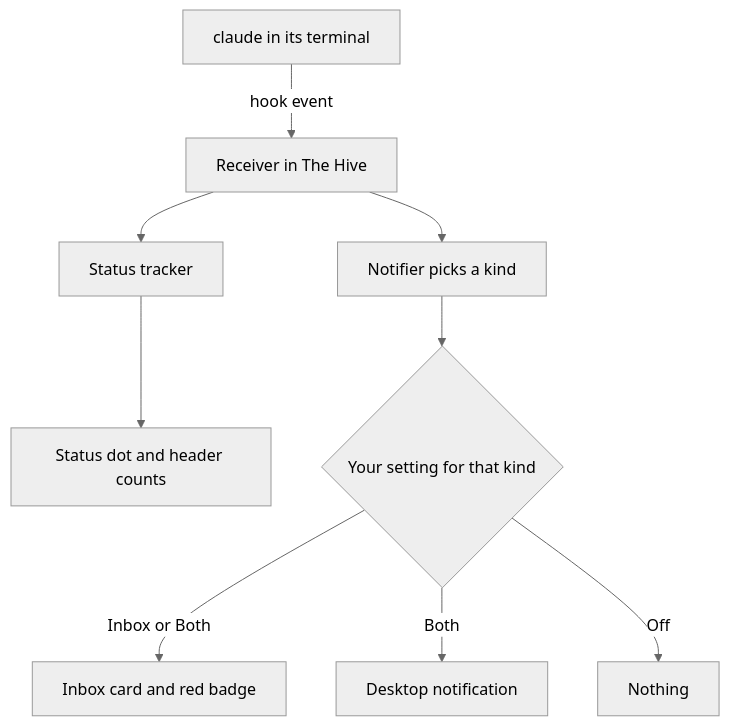
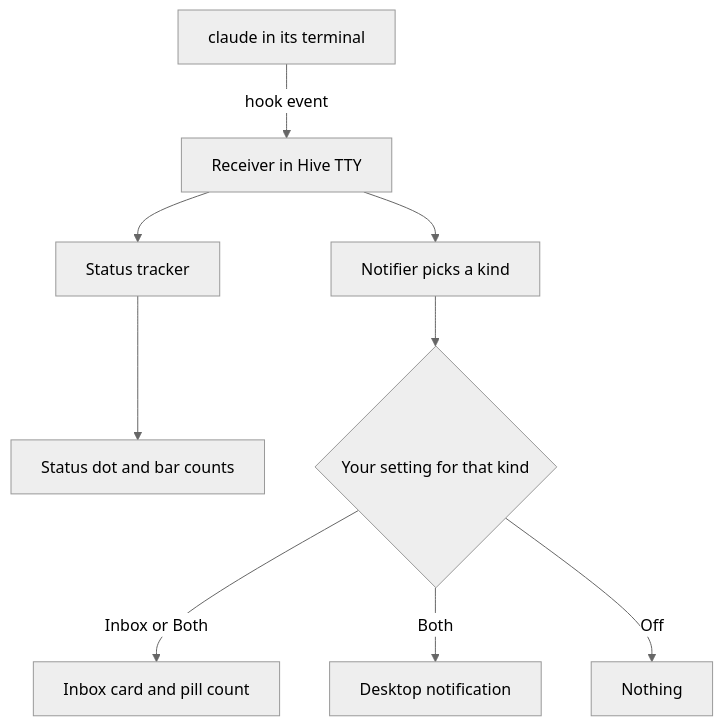
The diagram in docs/assets/diagrams/inbox.mmd (behiques/hivetty), drawn with Mermaid (neutral theme) before and after one commit. The commit also changed 902 other files, not shown here.

```diff
--- a/docs/assets/diagrams/inbox.mmd
+++ b/docs/assets/diagrams/inbox.mmd
@@ -1,9 +1,9 @@
 flowchart TD
-  claude[claude in its terminal] -->|hook event| rcv[Receiver in The Hive]
+  claude[claude in its terminal] -->|hook event| rcv[Receiver in Hive TTY]
   rcv --> trk[Status tracker]
-  trk --> dot[Status dot and header counts]
+  trk --> dot[Status dot and bar counts]
   rcv --> ntf[Notifier picks a kind]
   ntf --> pref{Your setting for that kind}
-  pref -->|Inbox or Both| card[Inbox card and red badge]
+  pref -->|Inbox or Both| card[Inbox card and pill count]
   pref -->|Both| toast[Desktop notification]
   pref -->|Off| none[Nothing]
```
